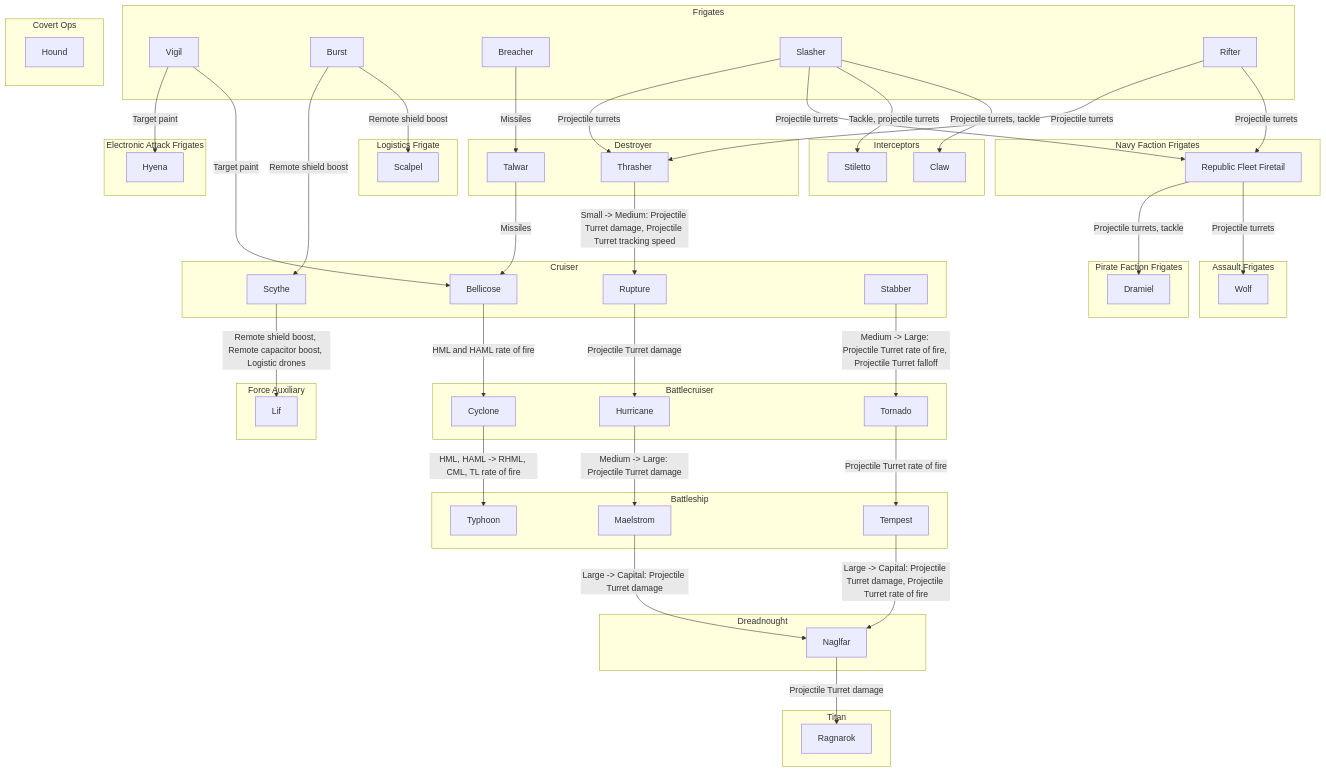
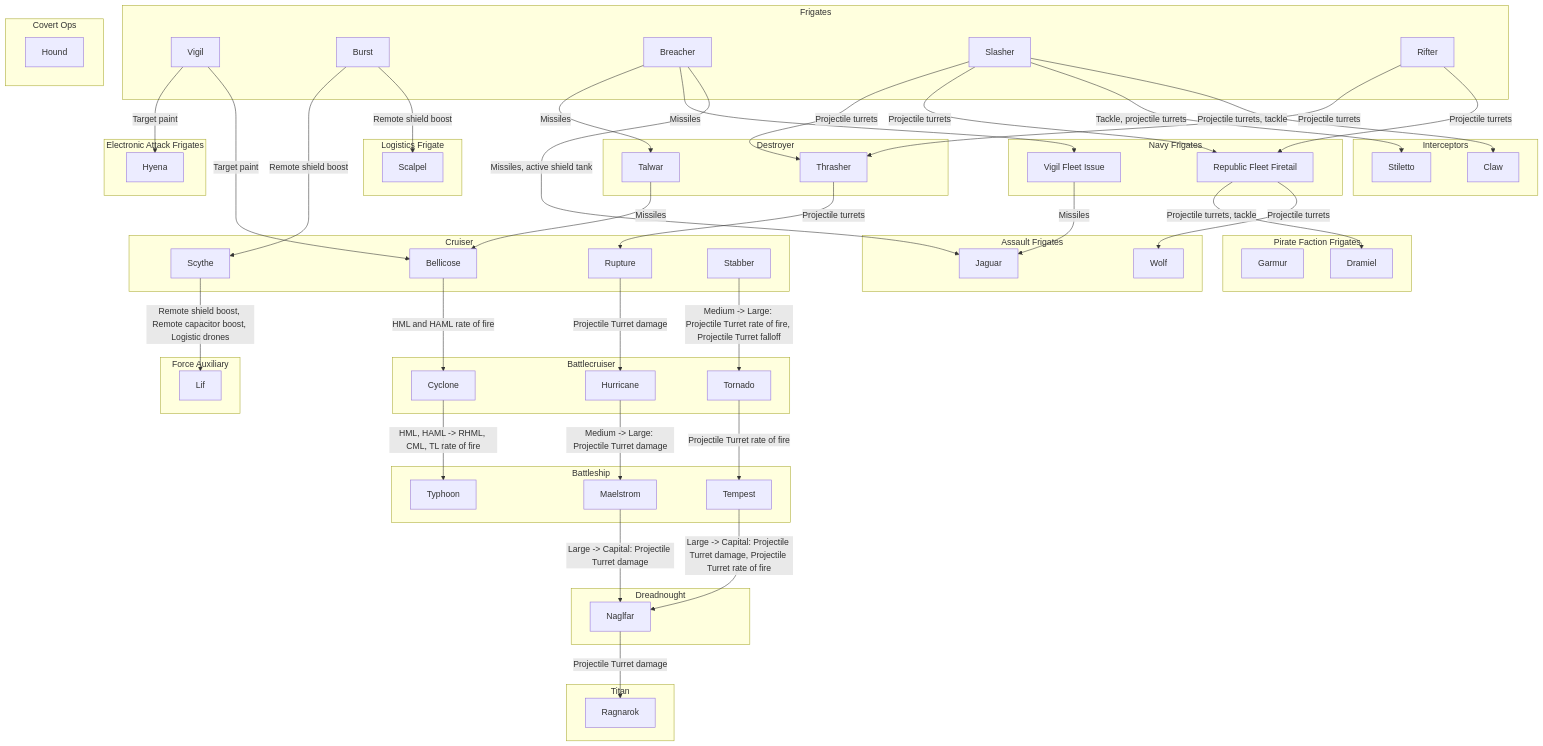
The diagram in README.md (Skybladev2/EveShipsProgression), drawn with Mermaid before and after one commit.

Commit message:
Add Breacher

````diff
--- a/README.md
+++ b/README.md
@@ -4,8 +4,5 @@
 ```mermaid
 flowchart
-	
-	
-	
 	subgraph s1["Frigates"]
 		n21["Vigil"]
 		n17["Burst"]
@@ -39,7 +36,7 @@
 		n6["Thrasher"]
 	end
 	n5 -->|"Projectile turrets"| n6
-	n6 -->|"Small -> Medium: Projectile Turret damage, Projectile Turret tracking speed"| n7
+	n6 -->|"Projectile turrets"| n7
 	n7 -->|"Projectile Turret damage"| n8
 	n8 -->|"Medium -> Large: Projectile Turret damage"| n9
 	n10 -->|"Missiles"| n11
@@ -64,7 +61,8 @@
 		n20["Scalpel"]
 	end
 	n1 -->|"Projectile turrets"| n6
-	subgraph s10["Navy Faction Frigates"]
+	subgraph s10["Navy Frigates"]
+		n29["Vigil Fleet Issue"]
 		n22["Republic Fleet Firetail"]
 	end
 	n5 -->|"Projectile turrets"| n22
@@ -76,10 +74,12 @@
 	n5 -->|"Tackle, projectile turrets"| n23
 	n5 -->|"Projectile turrets, tackle"| n24
 	subgraph s12["Pirate Faction Frigates"]
+		n31["Garmur"]
 		n25["Dramiel"]
 	end
 	n22 -->|"Projectile turrets, tackle"| n25
 	subgraph s13["Assault Frigates"]
+		n30["Jaguar"]
 		n26["Wolf"]
 	end
 	n1
@@ -96,4 +96,10 @@
 	end
 	n21 -->|"Target paint"| n28
 	n21 -->|"Target paint"| n12
+	n10 -->|"Missiles"| n29
+	n10
+	n30
+	n29 -->|"Missiles"| n30
+	n10 -->|"Missiles, active shield tank"| n30
+	n31
 ```
````
